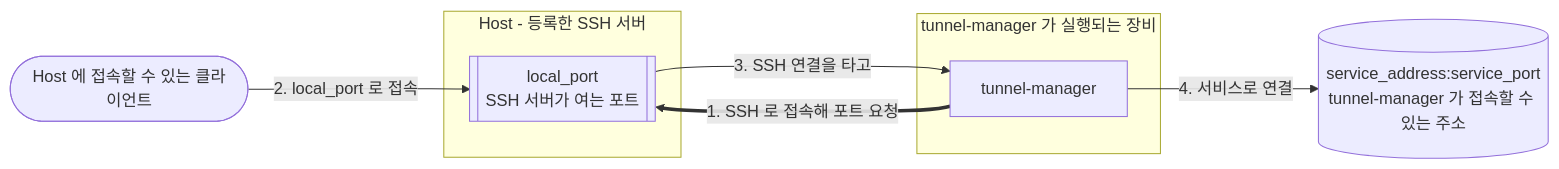
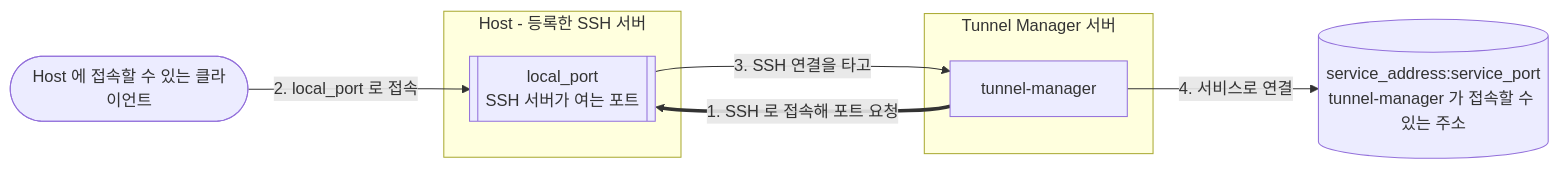
The first of 2 diagrams in docs/README.ko.md (jollaman999/tunnel-manager), drawn with Mermaid before and after one commit. The commit also changed other lines of this file and 7 other files, not shown here.

Commit message:
docs: Call it the Tunnel Manager server and a jump host

````diff
--- a/docs/README.ko.md
+++ b/docs/README.ko.md
@@ -20,16 +20,16 @@
 ```mermaid
 flowchart LR
     client([Host 에 접속할 수 있는 클라이언트])
     subgraph host [Host - 등록한 SSH 서버]
         port[["local_port<br/>SSH 서버가 여는 포트"]]
     end
-    subgraph here [tunnel-manager 가 실행되는 장비]
+    subgraph here [Tunnel Manager 서버]
         tm[tunnel-manager]
     end
     service[("service_address:service_port<br/>tunnel-manager 가 접속할 수 있는 주소")]
 
     tm ==>|"1. SSH 로 접속해 포트 요청"| port
     client -->|"2. local_port 로 접속"| port
     port -->|"3. SSH 연결을 타고"| tm
     tm -->|"4. 서비스로 연결"| service
 ```
````
